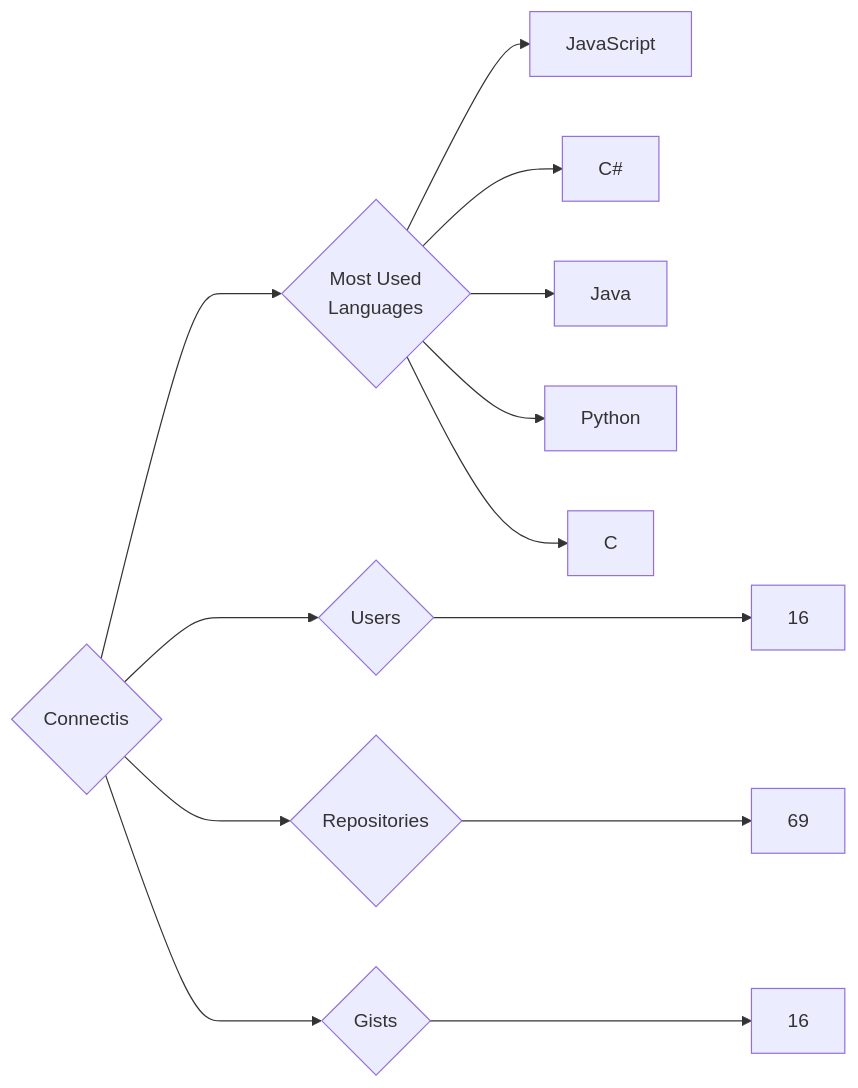
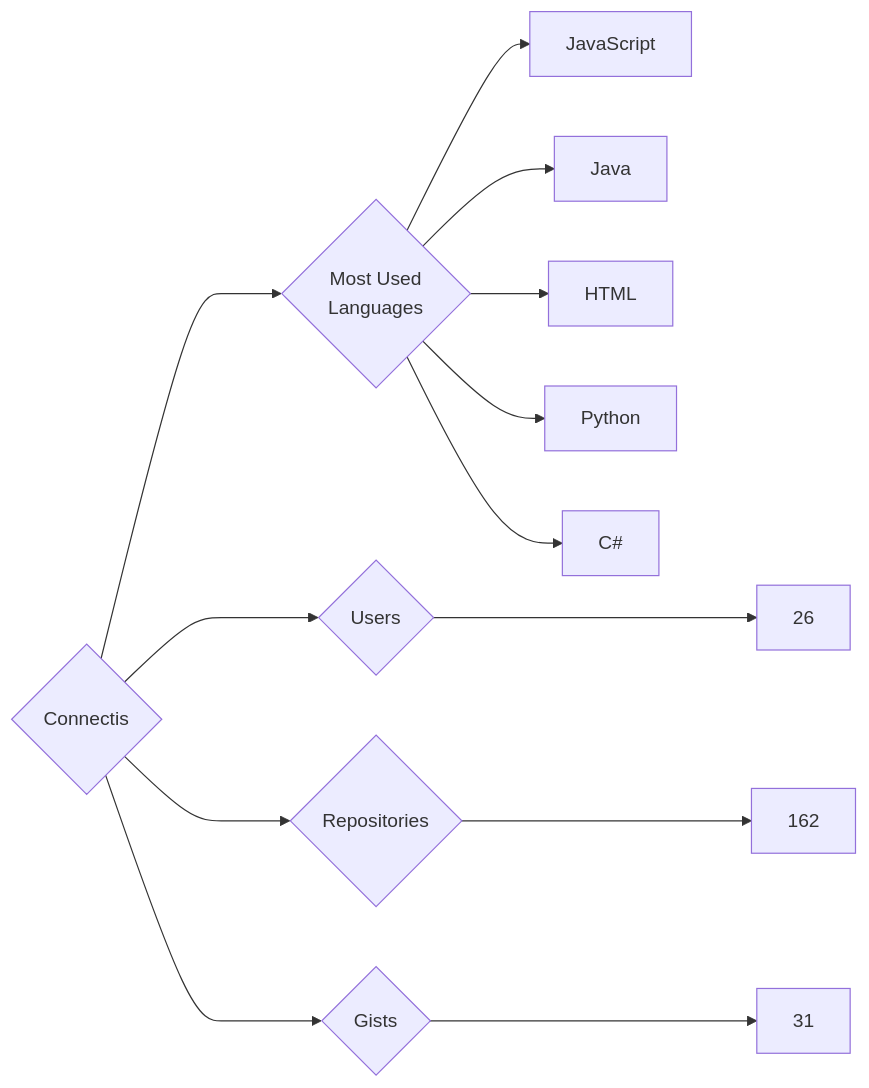
Before and after one commit to trickest/insiders: the diagram in targets/Connectis/README.md, drawn with Mermaid. The commit also changed 636 other files, not shown here.

````diff
--- a/targets/Connectis/README.md
+++ b/targets/Connectis/README.md
@@ -3,13 +3,13 @@
 ```mermaid
 graph LR
 COMPANY_NAME{Connectis}
-COMPANY_NAME ---> U{Users} ---> UN[16]
-COMPANY_NAME ---> R{Repositories} ---> RN[69]
-COMPANY_NAME ---> G{Gists} ---> GN[16]
+COMPANY_NAME ---> U{Users} ---> UN[26]
+COMPANY_NAME ---> R{Repositories} ---> RN[162]
+COMPANY_NAME ---> G{Gists} ---> GN[31]
 COMPANY_NAME ---> ML{Most Used<br>Languages}
 ML --> JavaScript[JavaScript]
+ML --> Java[Java]
+ML --> HTML[HTML]
+ML --> Python[Python]
 ML --> C#[C#]
-ML --> Java[Java]
-ML --> Python[Python]
-ML --> C[C]
 ```
````
